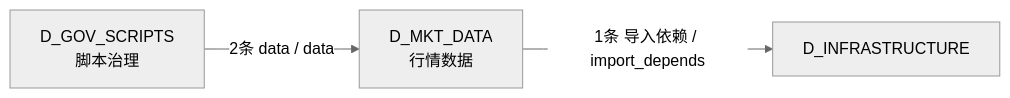
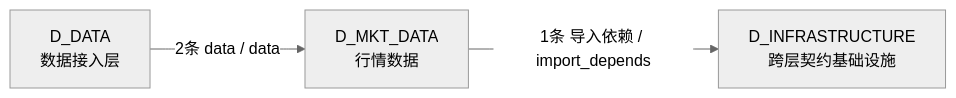
Before and after one commit to xuanFelixVan/ZephyrAlpha: the fourth of 4 diagrams in docs/02_enterprise_architecture/02_domain_architecture_docs/20_d_mkt_data.md, drawn with Mermaid (neutral theme). The commit also changed other lines of this file and 125 other files, not shown here.

````diff
--- a/docs/02_enterprise_architecture/02_domain_architecture_docs/20_d_mkt_data.md
+++ b/docs/02_enterprise_architecture/02_domain_architecture_docs/20_d_mkt_data.md
@@ -166,8 +166,8 @@
 ```mermaid
 graph LR
     D_MKT_DATA["D_MKT_DATA<br/>行情数据"]
-    D_INFRASTRUCTURE["D_INFRASTRUCTURE"]
-    D_GOV_SCRIPTS["D_GOV_SCRIPTS<br/>脚本治理"]
+    D_INFRASTRUCTURE["D_INFRASTRUCTURE<br/>跨层契约基础设施"]
+    D_DATA["D_DATA<br/>数据接入层"]
     D_MKT_DATA -->|1条 导入依赖 / import_depends| D_INFRASTRUCTURE
-    D_GOV_SCRIPTS -->|2条 data / data| D_MKT_DATA
+    D_DATA -->|2条 data / data| D_MKT_DATA
 ```
````
